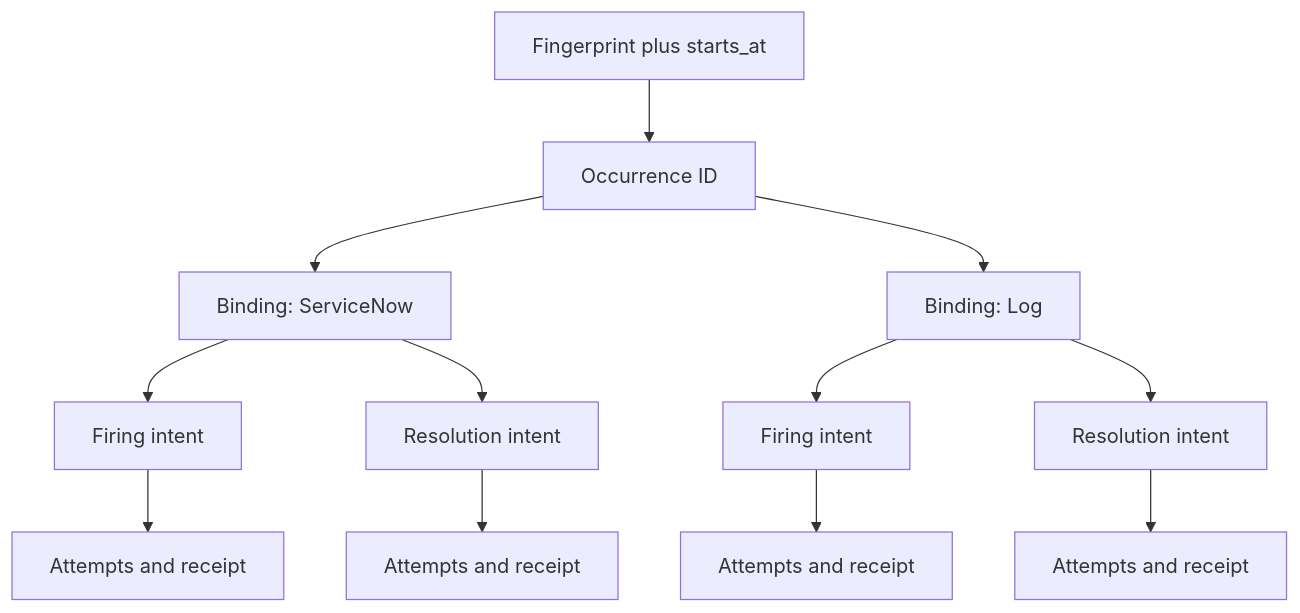
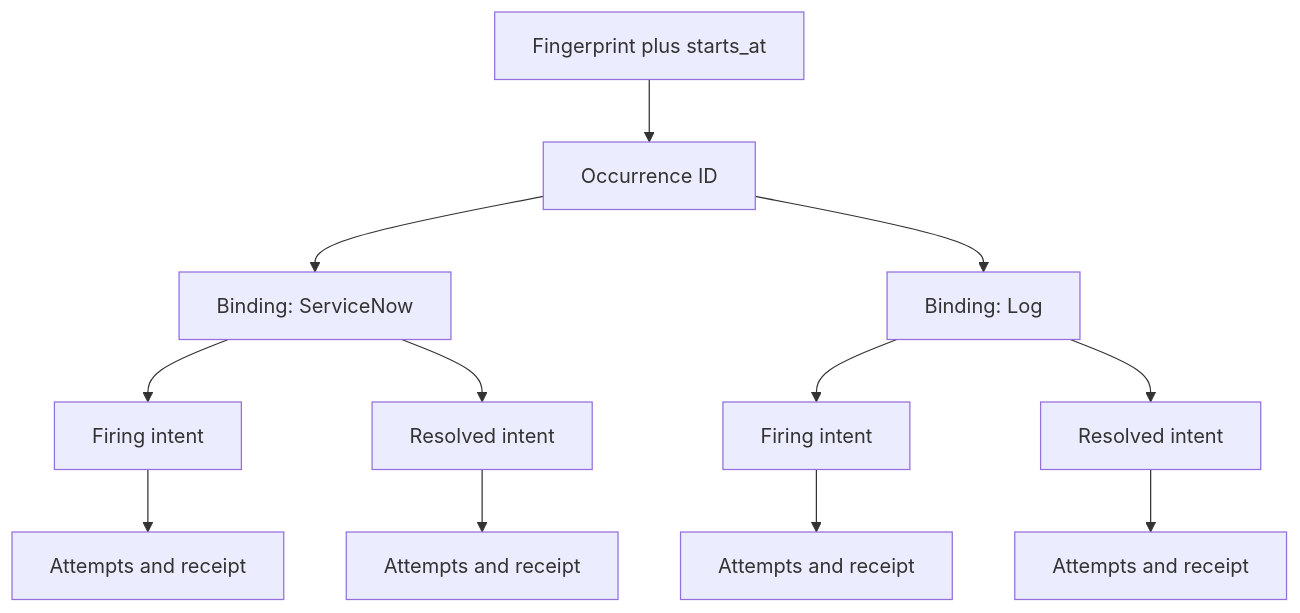
Before and after one commit to thenodon/alert-event-receiver: the second of 5 diagrams in docs/sla-proxy/operations.md, drawn with Mermaid. The commit also changed other lines of this file and 5 other files, not shown here.

````diff
--- a/docs/sla-proxy/operations.md
+++ b/docs/sla-proxy/operations.md
@@ -68,14 +70,14 @@
 ```mermaid
 flowchart TD
     A[Fingerprint plus starts_at] --> B[Occurrence ID]
     B --> C[Binding: ServiceNow]
     B --> D[Binding: Log]
     C --> E[Firing intent]
-    C --> F[Resolution intent]
+    C --> F[Resolved intent]
     D --> G[Firing intent]
-    D --> H[Resolution intent]
+    D --> H[Resolved intent]
     E --> I[Attempts and receipt]
     F --> J[Attempts and receipt]
     G --> K[Attempts and receipt]
     H --> L[Attempts and receipt]
 ```
````
